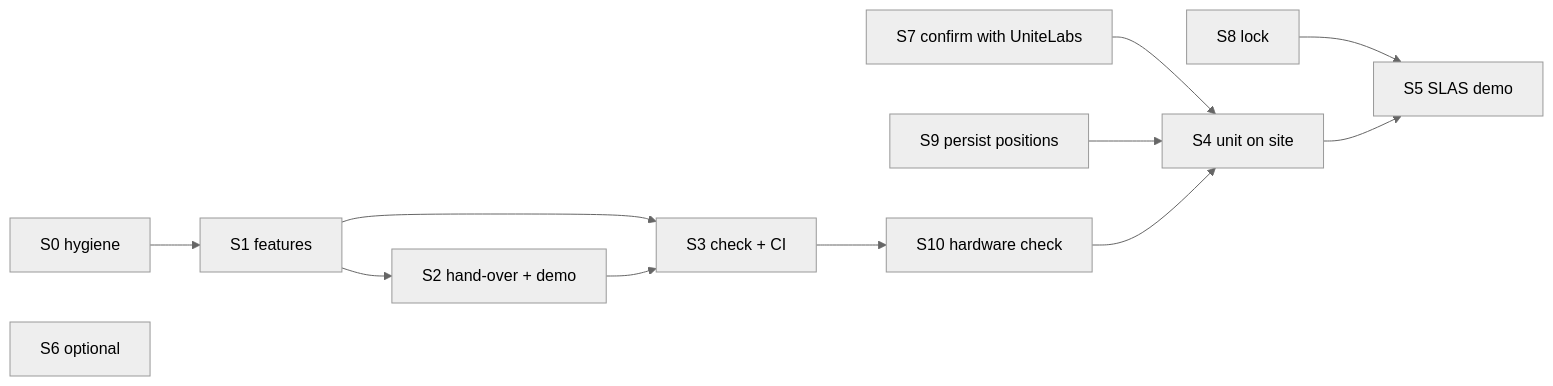
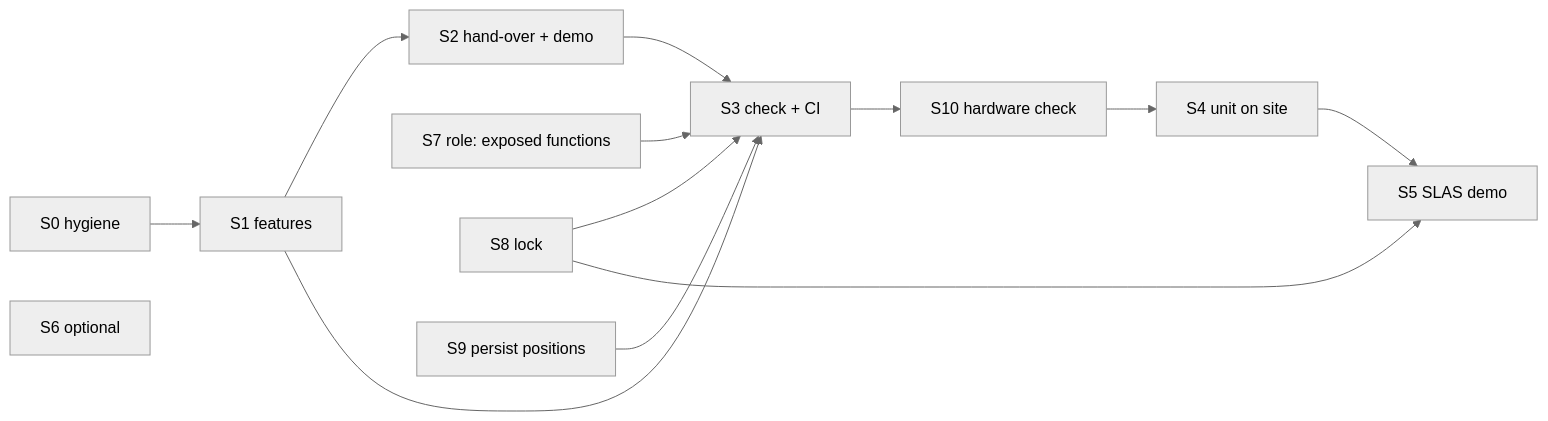
The diagram in docs/UNITELABS_SILA_ROADMAP.md (openUC2/ImSwitch), drawn with Mermaid (neutral theme) before and after one commit. The commit also changed other lines of this file and 2 other files, not shown here.

First line of the commit message:
Docs: SiLA role in the workcell, teaching, lock; S7-S9 done

````diff
--- a/docs/UNITELABS_SILA_ROADMAP.md
+++ b/docs/UNITELABS_SILA_ROADMAP.md
@@ -42,14 +42,15 @@
 ```mermaid
 flowchart LR
   S0[S0 hygiene] --> S1[S1 features]
   S1 --> S2[S2 hand-over + demo]
   S1 --> S3[S3 check + CI]
   S2 --> S3
+  S7[S7 role: exposed functions] --> S3
+  S8 --> S3
+  S9[S9 persist positions] --> S3
   S3 --> S10[S10 hardware check]
-  S7[S7 confirm with UniteLabs] --> S4
-  S9[S9 persist positions] --> S4
   S10 --> S4[S4 unit on site]
   S8[S8 lock] --> S5
   S4 --> S5[S5 SLAS demo]
   S6[S6 optional]
 ```
````
